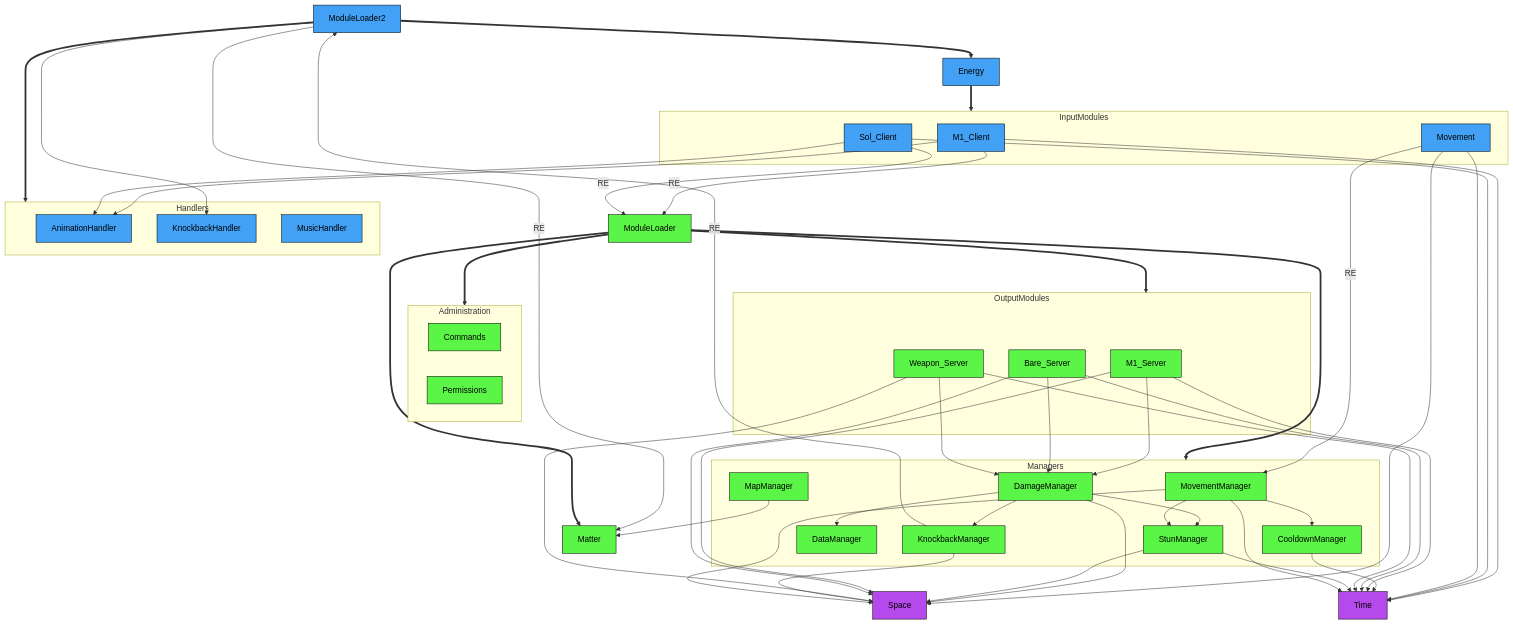
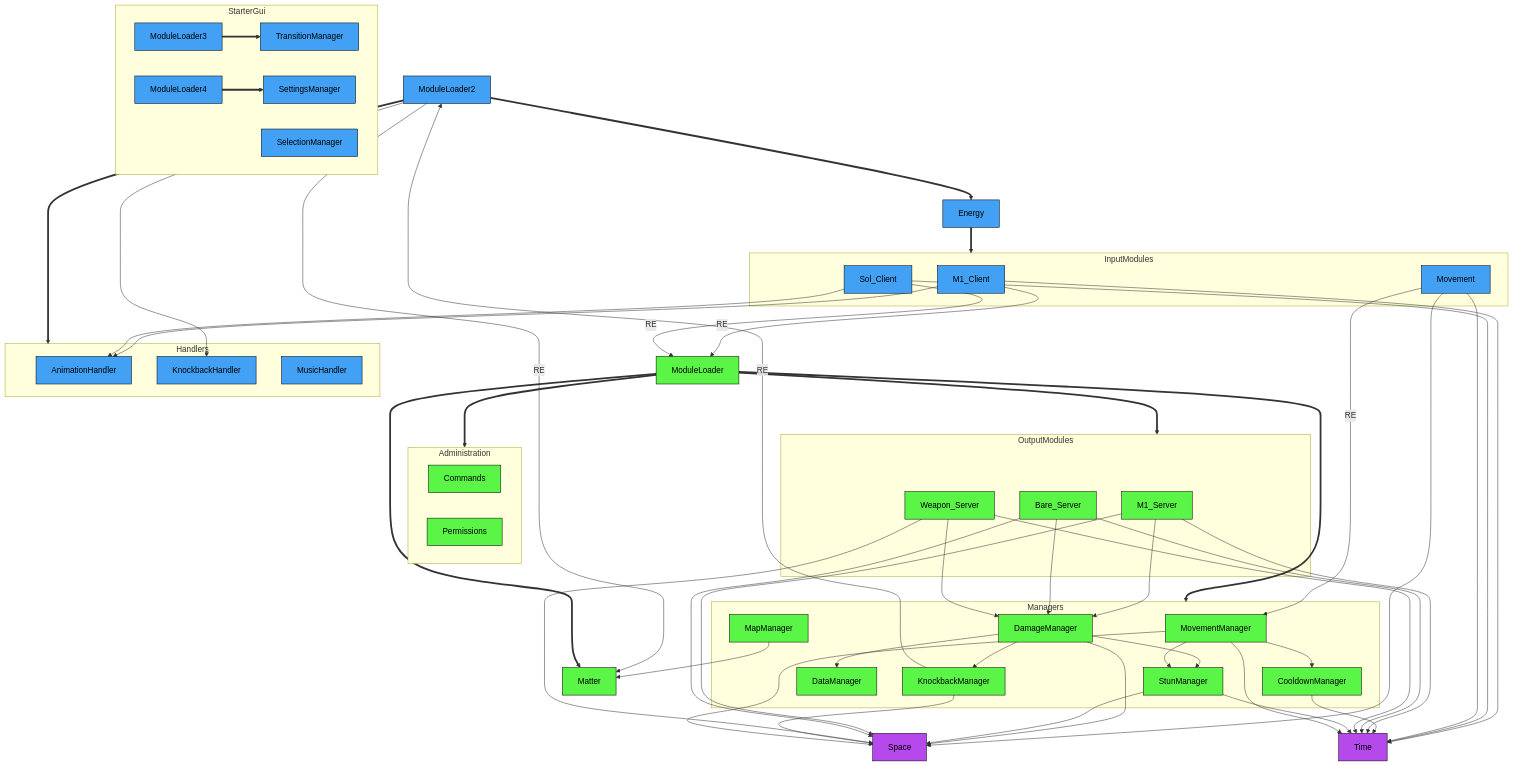
The diagram in README.md (altair5607249/Crusaders-Game), drawn with Mermaid before and after one commit. The commit also changed other lines of this file, not shown here.

````diff
--- a/README.md
+++ b/README.md
@@ -117,7 +132,13 @@
   MovementManager-->CooldownManager;
   MovementManager-->StunManager;
 
+  subgraph StarterGui
+    ModuleLoader3==>TransitionManager;
+    ModuleLoader4==>SettingsManager;
+    SelectionManager;
+  end
+
   class ModuleLoader,M1_Server,Bare_Server,Weapon_Server,MovementManager,Commands,Permissions,CooldownManager,DamageManager,DataManager,KnockbackManager,MapManager,MovementManager,StunManager,Matter serverNode;
-  class ModuleLoader2,Energy,M1_Client,Sol_Client,Movement,AnimationHandler,KnockbackHandler,MusicHandler clientNode;
+  class ModuleLoader2,Energy,M1_Client,Sol_Client,Movement,AnimationHandler,KnockbackHandler,MusicHandler,ModuleLoader3,ModuleLoader4,TransitionManager,SettingsManager,SelectionManager clientNode;
   class Space,Time universalNode;
 ```
````
